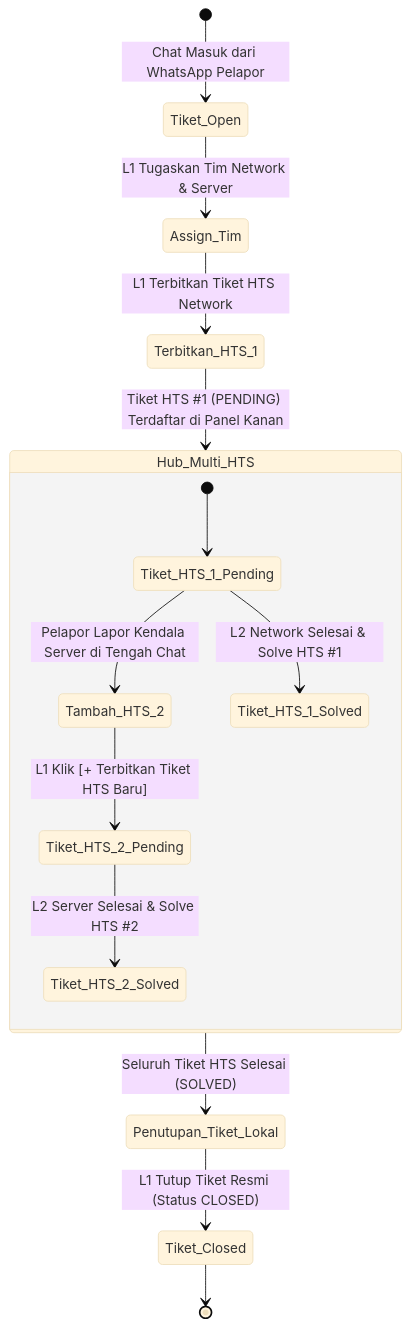
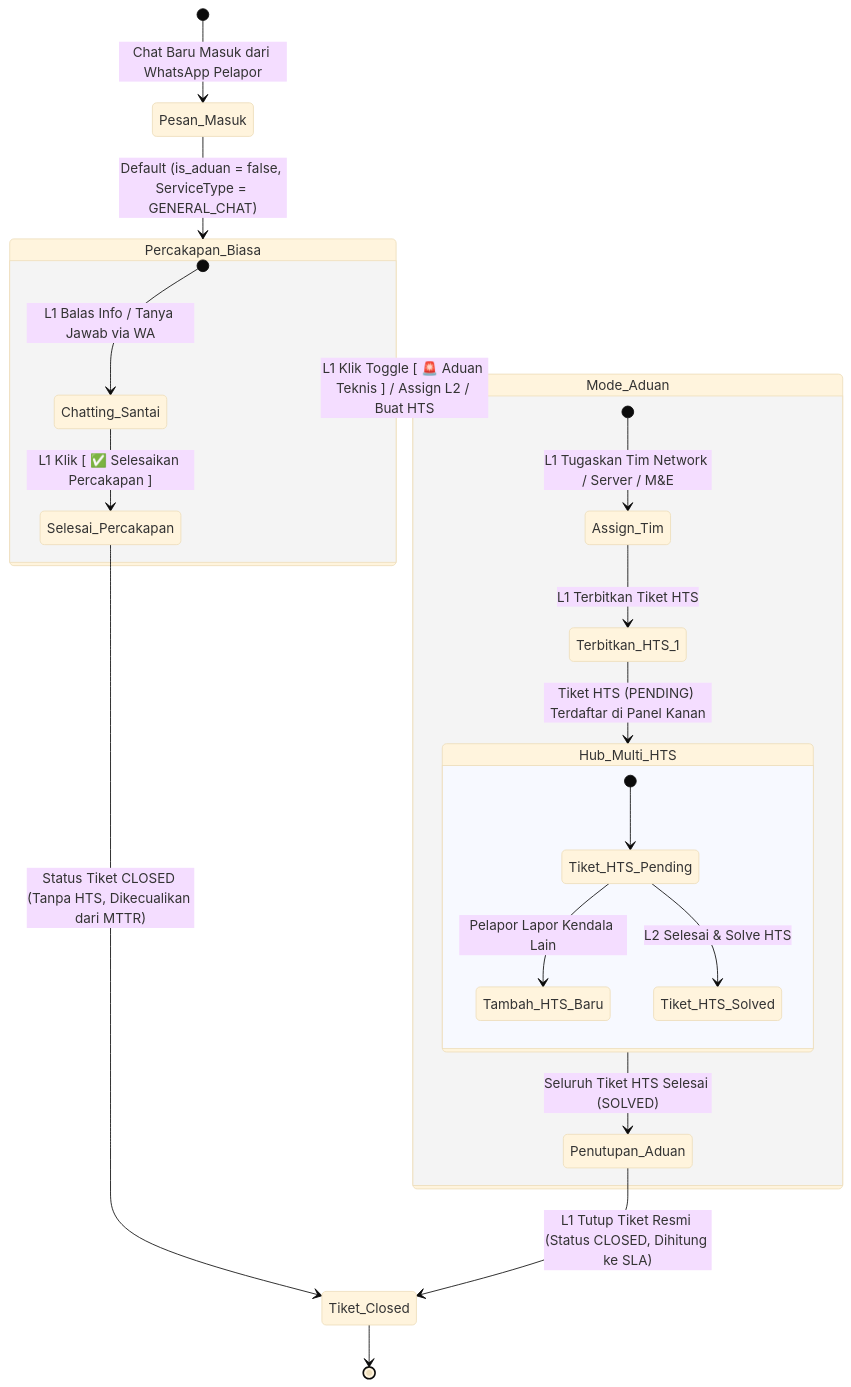
The diagram in docs/V4_Technical_Specification_and_Migration_Guide.md (llaurensius/hts-chat-integration), drawn with Mermaid (base theme) before and after one commit. The commit also changed other lines of this file and 16 other files, not shown here.

Commit message:
feat: implement V4 architecture redesign with multi-HTS integration, core services, and UAT test suite

````diff
--- a/docs/V4_Technical_Specification_and_Migration_Guide.md
+++ b/docs/V4_Technical_Specification_and_Migration_Guide.md
@@ -319,21 +397,31 @@
 ```mermaid
 stateDiagram-v2
-    [*] --> Tiket_Open: Chat Masuk dari WhatsApp Pelapor
+    [*] --> Pesan_Masuk: Chat Baru Masuk dari WhatsApp Pelapor
+    Pesan_Masuk --> Percakapan_Biasa: Default (is_aduan = false, ServiceType = GENERAL_CHAT)
     
-    Tiket_Open --> Assign_Tim: L1 Tugaskan Tim Network & Server
-    Assign_Tim --> Terbitkan_HTS_1: L1 Terbitkan Tiket HTS Network
-    Terbitkan_HTS_1 --> Hub_Multi_HTS: Tiket HTS #1 (PENDING) Terdaftar di Panel Kanan
-    
-    state Hub_Multi_HTS {
-        [*] --> Tiket_HTS_1_Pending
-        Tiket_HTS_1_Pending --> Tambah_HTS_2: Pelapor Lapor Kendala Server di Tengah Chat
-        Tambah_HTS_2 --> Tiket_HTS_2_Pending: L1 Klik [+ Terbitkan Tiket HTS Baru]
-        
-        Tiket_HTS_1_Pending --> Tiket_HTS_1_Solved: L2 Network Selesai & Solve HTS #1
-        Tiket_HTS_2_Pending --> Tiket_HTS_2_Solved: L2 Server Selesai & Solve HTS #2
+    state Percakapan_Biasa {
+        [*] --> Chatting_Santai: L1 Balas Info / Tanya Jawab via WA
+        Chatting_Santai --> Selesai_Percakapan: L1 Klik [ ✅ Selesaikan Percakapan ]
     }
     
-    Hub_Multi_HTS --> Penutupan_Tiket_Lokal: Seluruh Tiket HTS Selesai (SOLVED)
-    Penutupan_Tiket_Lokal --> Tiket_Closed: L1 Tutup Tiket Resmi (Status CLOSED)
+    Selesai_Percakapan --> Tiket_Closed: Status Tiket CLOSED (Tanpa HTS, Dikecualikan dari MTTR)
+    
+    Percakapan_Biasa --> Mode_Aduan: L1 Klik Toggle [ 🚨 Aduan Teknis ] / Assign L2 / Buat HTS
+    
+    state Mode_Aduan {
+        [*] --> Assign_Tim: L1 Tugaskan Tim Network / Server / M&E
+        Assign_Tim --> Terbitkan_HTS_1: L1 Terbitkan Tiket HTS
+        Terbitkan_HTS_1 --> Hub_Multi_HTS: Tiket HTS (PENDING) Terdaftar di Panel Kanan
+        
+        state Hub_Multi_HTS {
+            [*] --> Tiket_HTS_Pending
+            Tiket_HTS_Pending --> Tambah_HTS_Baru: Pelapor Lapor Kendala Lain
+            Tiket_HTS_Pending --> Tiket_HTS_Solved: L2 Selesai & Solve HTS
+        }
+        
+        Hub_Multi_HTS --> Penutupan_Aduan: Seluruh Tiket HTS Selesai (SOLVED)
+    }
+    
+    Penutupan_Aduan --> Tiket_Closed: L1 Tutup Tiket Resmi (Status CLOSED, Dihitung ke SLA)
     Tiket_Closed --> [*]
 ```
````
